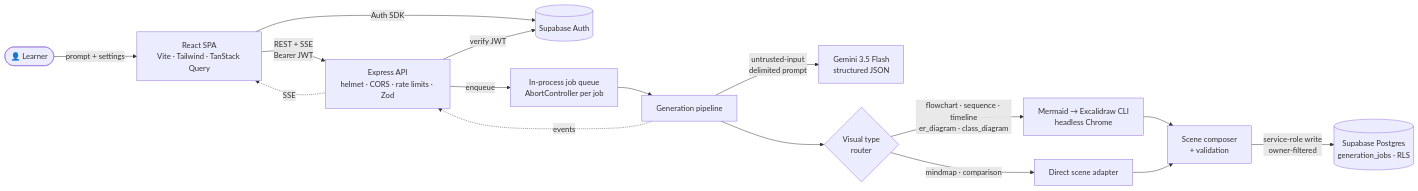
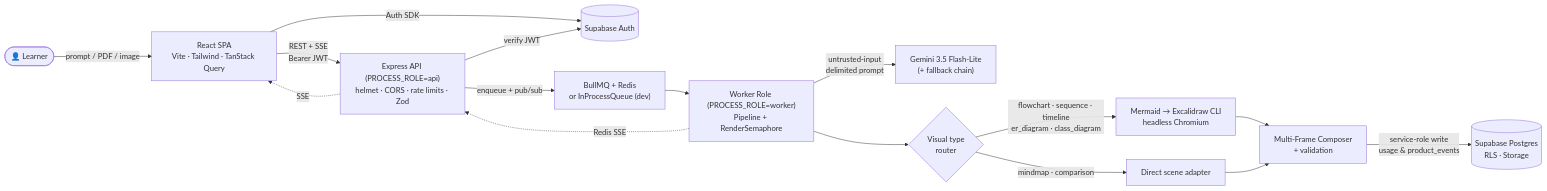
One commit to kanishk3114S/Visualify changed the first of 4 diagrams in README.md. Above: the diagram before and after it, drawn with Mermaid. The commit also changed other lines of this file and 15 other files, not shown here.

````diff
--- a/README.md
+++ b/README.md
@@ -99,18 +143,18 @@
 ```mermaid
 flowchart LR
-    U(["👤 Learner"]) -->|prompt + settings| FE["React SPA<br/>Vite · Tailwind · TanStack Query"]
-    FE -->|"REST + SSE<br/>Bearer JWT"| API["Express API<br/>helmet · CORS · rate limits · Zod"]
+    U(["👤 Learner"]) -->|prompt / PDF / image| FE["React SPA<br/>Vite · Tailwind · TanStack Query"]
+    FE -->|"REST + SSE<br/>Bearer JWT"| API["Express API (PROCESS_ROLE=api)<br/>helmet · CORS · rate limits · Zod"]
     FE -->|Auth SDK| AUTH[("Supabase Auth")]
     API -->|verify JWT| AUTH
-    API -->|enqueue| Q["In-process job queue<br/>AbortController per job"]
-    Q --> P["Generation pipeline"]
-    P -->|"untrusted-input<br/>delimited prompt"| G["Gemini 3.5 Flash<br/>structured JSON"]
-    P --> R{"Visual type<br/>router"}
-    R -->|"flowchart · sequence · timeline<br/>er_diagram · class_diagram"| M["Mermaid → Excalidraw CLI<br/>headless Chrome"]
+    API -->|"enqueue + pub/sub"| Q["BullMQ + Redis<br/>or InProcessQueue (dev)"]
+    Q --> W["Worker Role (PROCESS_ROLE=worker)<br/>Pipeline + RenderSemaphore"]
+    W -->|"untrusted-input<br/>delimited prompt"| G["Gemini 3.5 Flash-Lite<br/>(+ fallback chain)"]
+    W --> R{"Visual type<br/>router"}
+    R -->|"flowchart · sequence · timeline<br/>er_diagram · class_diagram"| M["Mermaid → Excalidraw CLI<br/>headless Chromium"]
     R -->|"mindmap · comparison"| D["Direct scene adapter"]
-    M --> C["Scene composer<br/>+ validation"]
+    M --> C["Multi-Frame Composer<br/>+ validation"]
     D --> C
-    C -->|"service-role write<br/>owner-filtered"| DB[("Supabase Postgres<br/>generation_jobs · RLS")]
-    P -. events .-> API
+    C -->|"service-role write<br/>usage & product_events"| DB[("Supabase Postgres<br/>RLS · Storage")]
+    W -. Redis SSE .-> API
     API -. SSE .-> FE
 ```
````
